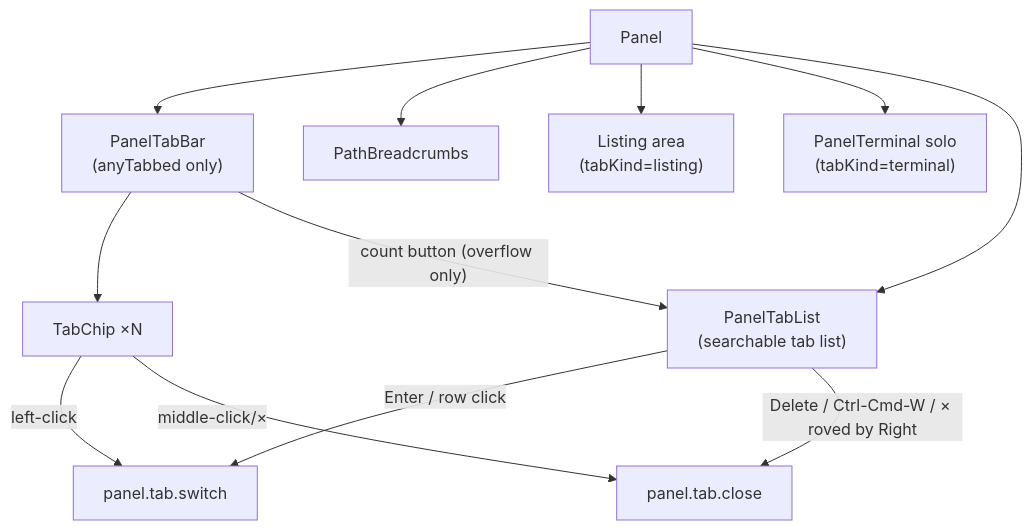
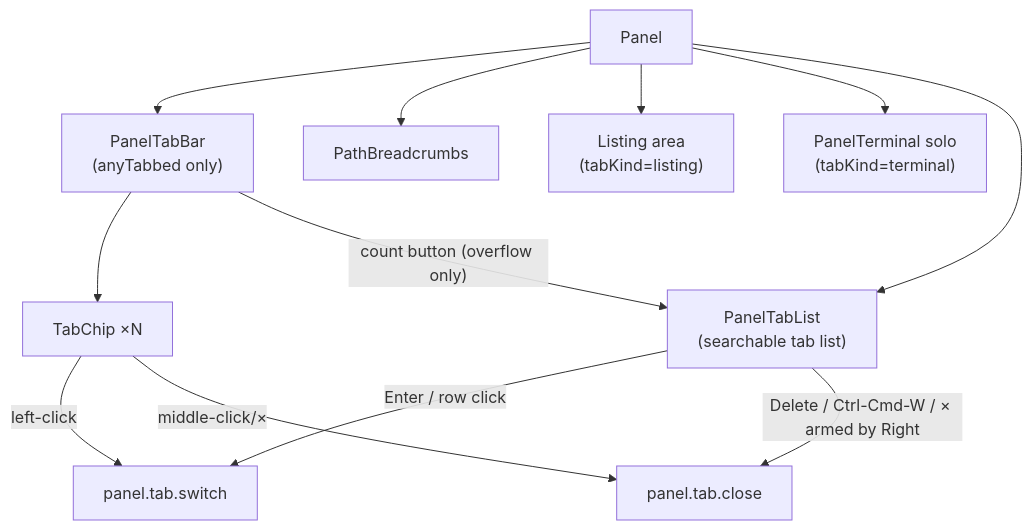
One commit to ktxed/fbro changed the third of 3 diagrams in spex/tabs.md. Above: the diagram before and after it, drawn with Mermaid. The commit also changed other lines of this file and 6 other files, not shown here.

First line of the commit message:
fix(tabs): release the armed close button on list arrows

````diff
--- a/spex/tabs.md
+++ b/spex/tabs.md
@@ -415,14 +415,14 @@
 ```mermaid
 graph TD
     Panel --> PanelTabBar["PanelTabBar\n(anyTabbed only)"]
     Panel --> PathBreadcrumbs
     Panel --> ListingArea["Listing area\n(tabKind=listing)"]
     Panel --> PanelTerminal["PanelTerminal solo\n(tabKind=terminal)"]
     PanelTabBar --> TabChip["TabChip ×N"]
     TabChip -- left-click --> switch["panel.tab.switch"]
     TabChip -- middle-click/× --> close["panel.tab.close"]
     Panel --> PanelTabList["PanelTabList\n(searchable tab list)"]
     PanelTabBar -- count button (overflow only) --> PanelTabList
     PanelTabList -- Enter / row click --> switch
-    PanelTabList -- Delete / Ctrl-Cmd-W / × roved by Right --> close
+    PanelTabList -- Delete / Ctrl-Cmd-W / × armed by Right --> close
 ```
````
